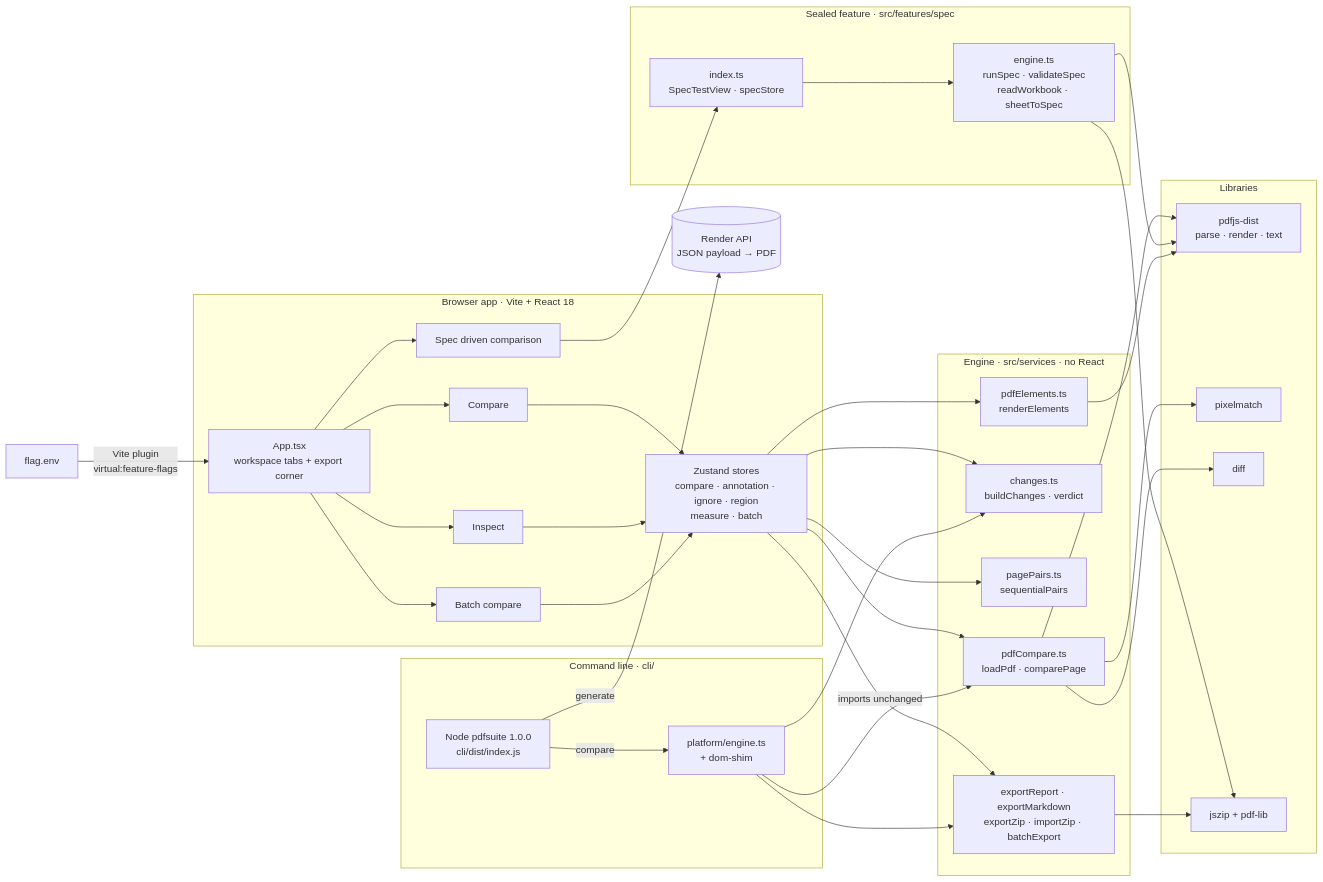
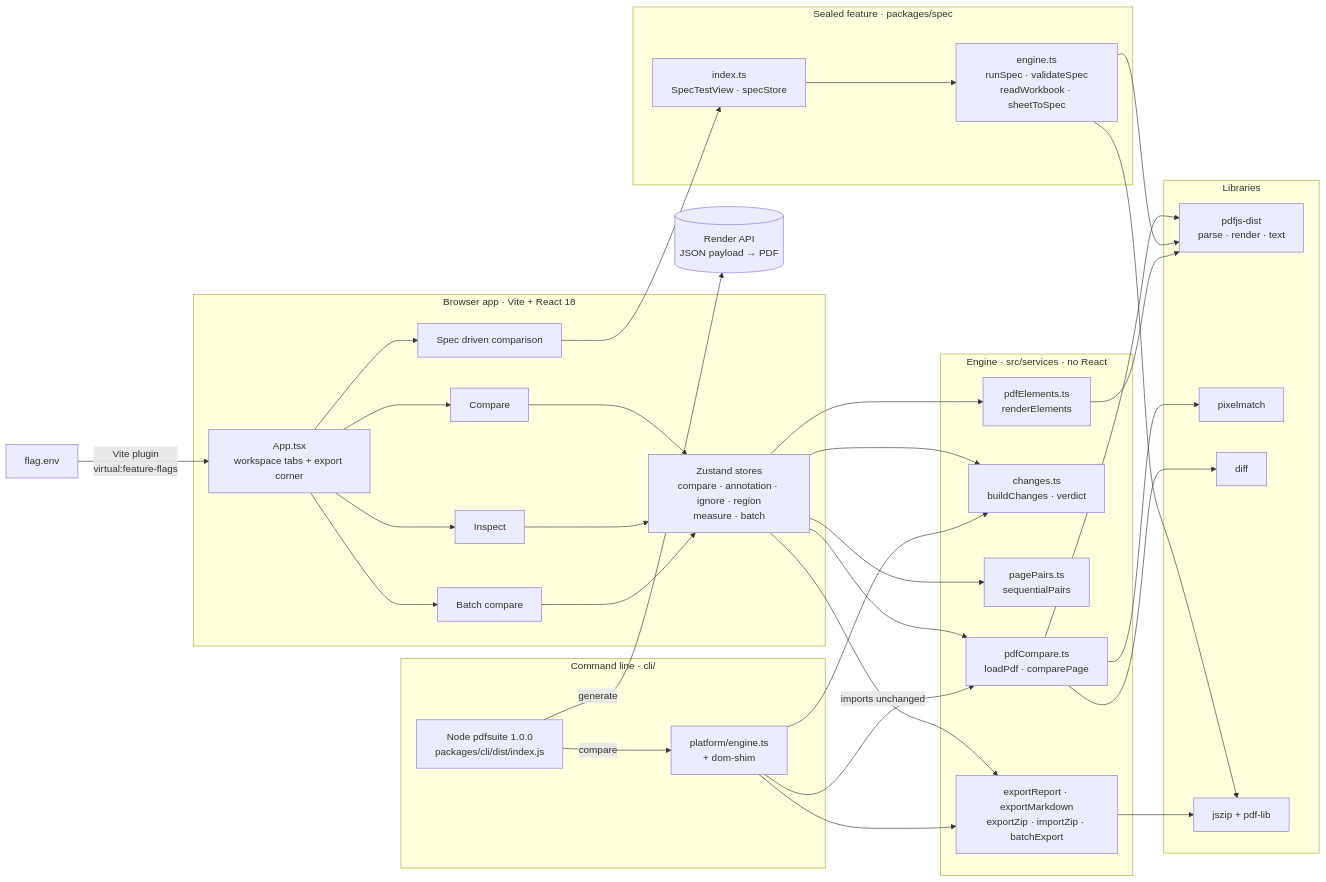
One commit to sid4861/pdf-testing-suite changed the first of 26 diagrams in docs/ARCHITECTURE.md. Above: the diagram before and after it, drawn with Mermaid. The commit also changed other lines of this file and 345 other files, not shown here.

````diff
--- a/docs/ARCHITECTURE.md
+++ b/docs/ARCHITECTURE.md
@@ -39,47 +39,47 @@
 ```mermaid
 flowchart LR
   subgraph BROWSER["Browser app · Vite + React 18"]
     SHELL["App.tsx<br/>workspace tabs + export corner"]
     WS1["Compare"]
     WS2["Spec driven comparison"]
     WS3["Inspect"]
     WS4["Batch compare"]
     STORES["Zustand stores<br/>compare · annotation · ignore · region<br/>measure · batch"]
     SHELL --> WS1 & WS2 & WS3 & WS4
     WS1 & WS3 & WS4 --> STORES
   end
   subgraph ENGINE["Engine · src/services · no React"]
     CMPS["pdfCompare.ts<br/>loadPdf · comparePage"]
     CHG["changes.ts<br/>buildChanges · verdict"]
     PP["pagePairs.ts<br/>sequentialPairs"]
     ELM["pdfElements.ts<br/>renderElements"]
     EXP["exportReport · exportMarkdown<br/>exportZip · importZip · batchExport"]
   end
-  subgraph SEALED["Sealed feature · src/features/spec"]
+  subgraph SEALED["Sealed feature · packages/spec"]
     SIDX["index.ts<br/>SpecTestView · specStore"]
     SENG["engine.ts<br/>runSpec · validateSpec<br/>readWorkbook · sheetToSpec"]
     SIDX --> SENG
   end
   subgraph LIBS["Libraries"]
     PDFJS["pdfjs-dist<br/>parse · render · text"]
     PXM["pixelmatch"]
     DIF["diff"]
     ZL["jszip + pdf-lib"]
   end
   FLAGS["flag.env"] -->|"Vite plugin<br/>virtual:feature-flags"| SHELL
   WS2 --> SIDX
   STORES --> CMPS & CHG & PP & ELM & EXP
   CMPS --> PDFJS & PXM & DIF
   SENG --> PDFJS & ZL
   ELM --> PDFJS
   EXP --> ZL
   subgraph CLIS["Command line · cli/"]
-    NODE["Node pdfsuite 1.0.0<br/>cli/dist/index.js"]
+    NODE["Node pdfsuite 1.0.0<br/>packages/cli/dist/index.js"]
     SEAM["platform/engine.ts<br/>+ dom-shim"]
   end
   API[("Render API<br/>JSON payload → PDF")]
   NODE -->|generate| API
   NODE -->|compare| SEAM
   SEAM -->|"imports unchanged"| CMPS
   SEAM --> CHG & EXP
 ```
````
